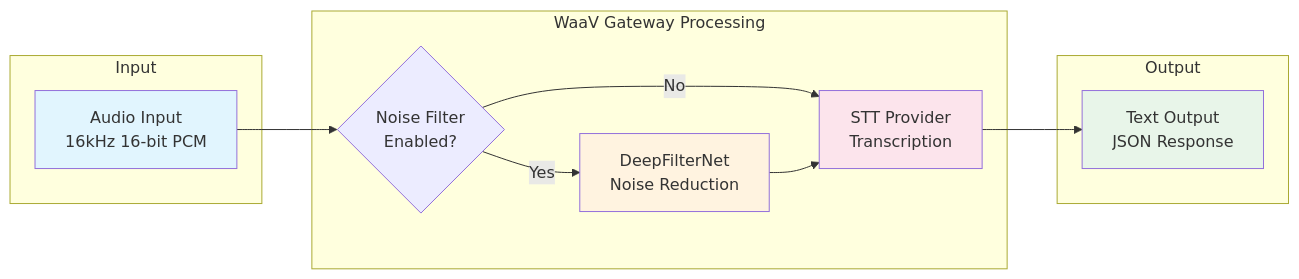
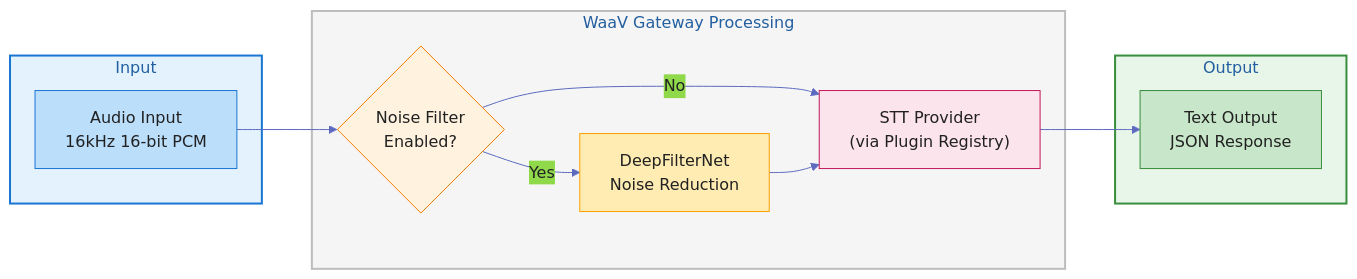
Before and after one commit to BudEcosystem/WaaV: the fourth of 5 diagrams in gateway/README.md, drawn with Mermaid. The commit also changed other lines of this file and 61 other files, not shown here.

First line of the commit message:
feat: Add plugin architecture and Gnani.ai provider support

````diff
--- a/gateway/README.md
+++ b/gateway/README.md
@@ -312,27 +373,32 @@
 ```mermaid
+%%{init: {'theme': 'base', 'themeVariables': { 'primaryColor': '#4a90d9', 'primaryTextColor': '#212121', 'primaryBorderColor': '#2c5aa0', 'lineColor': '#5c6bc0', 'background': '#fafafa', 'mainBkg': '#ffffff', 'nodeBorder': '#424242', 'clusterBkg': '#f5f5f5', 'clusterBorder': '#bdbdbd'}}}%%
 flowchart LR
-    subgraph Input
-        A[Audio Input<br/>16kHz 16-bit PCM]
+    subgraph Input["Input"]
+        A["Audio Input<br/>16kHz 16-bit PCM"]
     end
 
     subgraph Processing["WaaV Gateway Processing"]
-        B{Noise Filter<br/>Enabled?}
-        C[DeepFilterNet<br/>Noise Reduction]
-        D[STT Provider<br/>Transcription]
+        B{"Noise Filter<br/>Enabled?"}
+        C["DeepFilterNet<br/>Noise Reduction"]
+        D["STT Provider<br/>(via Plugin Registry)"]
     end
 
-    subgraph Output
-        E[Text Output<br/>JSON Response]
+    subgraph Output["Output"]
+        E["Text Output<br/>JSON Response"]
     end
 
     A --> B
     B -->|Yes| C
     B -->|No| D
     C --> D
     D --> E
 
-    style A fill:#e1f5fe
-    style E fill:#e8f5e9
-    style C fill:#fff3e0
-    style D fill:#fce4ec
+    style Input fill:#e3f2fd,stroke:#1976d2,stroke-width:2px
+    style Processing fill:#f5f5f5,stroke:#bdbdbd,stroke-width:2px
+    style Output fill:#e8f5e9,stroke:#388e3c,stroke-width:2px
+    style A fill:#bbdefb,stroke:#1976d2
+    style B fill:#fff3e0,stroke:#f57c00
+    style C fill:#ffecb3,stroke:#ffa000
+    style D fill:#fce4ec,stroke:#c2185b
+    style E fill:#c8e6c9,stroke:#388e3c
 ```
````
